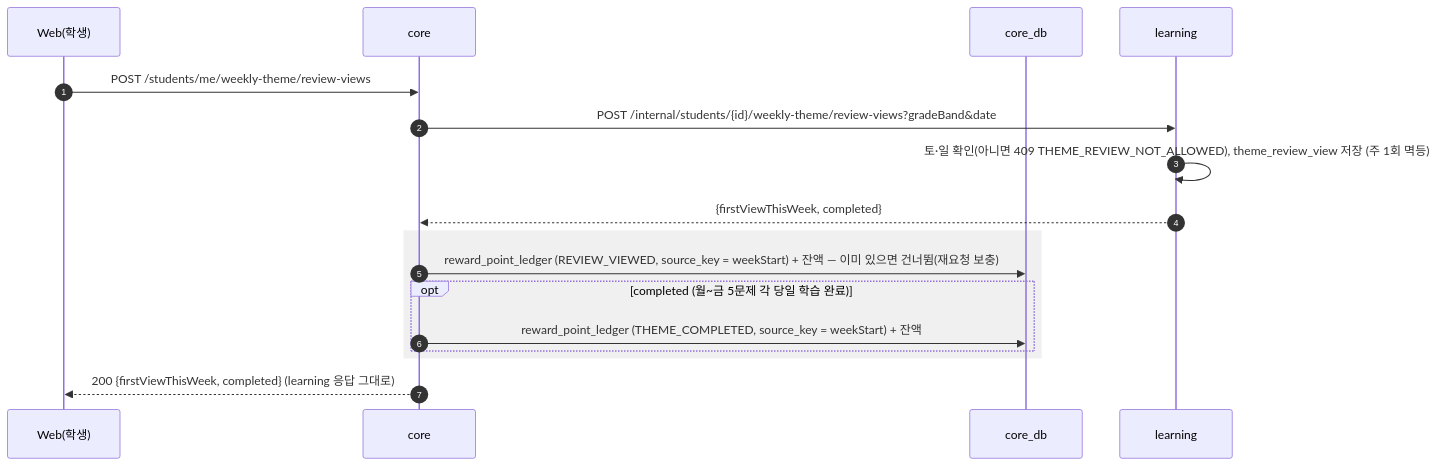
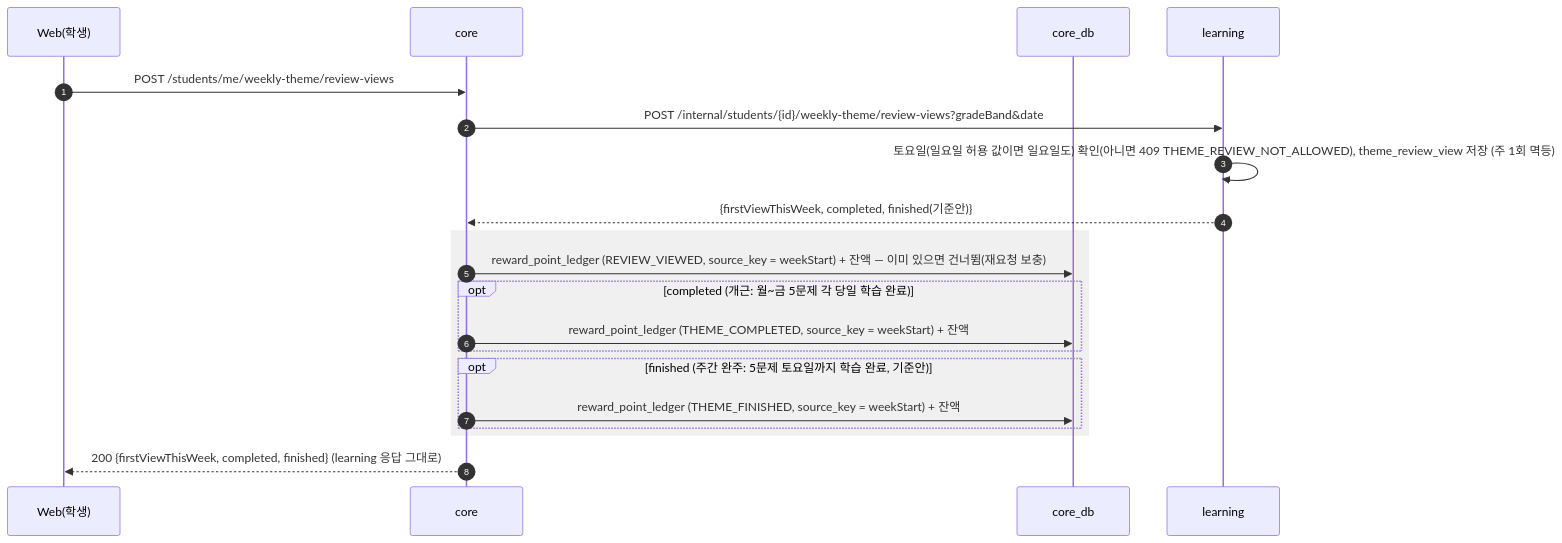
Before and after one commit to SKNETWORKS-FAMILY-AICAMP/SKN34-FINAL-3TEAM: diagram 19 of 36 in docs/design/sequence-diagram.md, drawn with Mermaid. The commit also changed other lines of this file and 6 other files, not shown here.

````diff
--- a/docs/design/sequence-diagram.md
+++ b/docs/design/sequence-diagram.md
@@ -759,20 +763,23 @@
 ```mermaid
 sequenceDiagram
   autonumber
   participant W as Web(학생)
   participant C as core
   participant CDB as core_db
   participant L as learning
 
   W->>C: POST /students/me/weekly-theme/review-views
   C->>L: POST /internal/students/{id}/weekly-theme/review-views?gradeBand&date
-  L->>L: 토·일 확인(아니면 409 THEME_REVIEW_NOT_ALLOWED), theme_review_view 저장 (주 1회 멱등)
-  L-->>C: {firstViewThisWeek, completed}
+  L->>L: 토요일(일요일 허용 값이면 일요일도) 확인(아니면 409 THEME_REVIEW_NOT_ALLOWED), theme_review_view 저장 (주 1회 멱등)
+  L-->>C: {firstViewThisWeek, completed, finished(기준안)}
   rect rgba(128,128,128,0.12)
     C->>CDB: reward_point_ledger (REVIEW_VIEWED, source_key = weekStart) + 잔액 — 이미 있으면 건너뜀(재요청 보충)
-    opt completed (월~금 5문제 각 당일 학습 완료)
+    opt completed (개근: 월~금 5문제 각 당일 학습 완료)
       C->>CDB: reward_point_ledger (THEME_COMPLETED, source_key = weekStart) + 잔액
     end
+    opt finished (주간 완주: 5문제 토요일까지 학습 완료, 기준안)
+      C->>CDB: reward_point_ledger (THEME_FINISHED, source_key = weekStart) + 잔액
+    end
   end
-  C-->>W: 200 {firstViewThisWeek, completed} (learning 응답 그대로)
+  C-->>W: 200 {firstViewThisWeek, completed, finished} (learning 응답 그대로)
 ```
````
